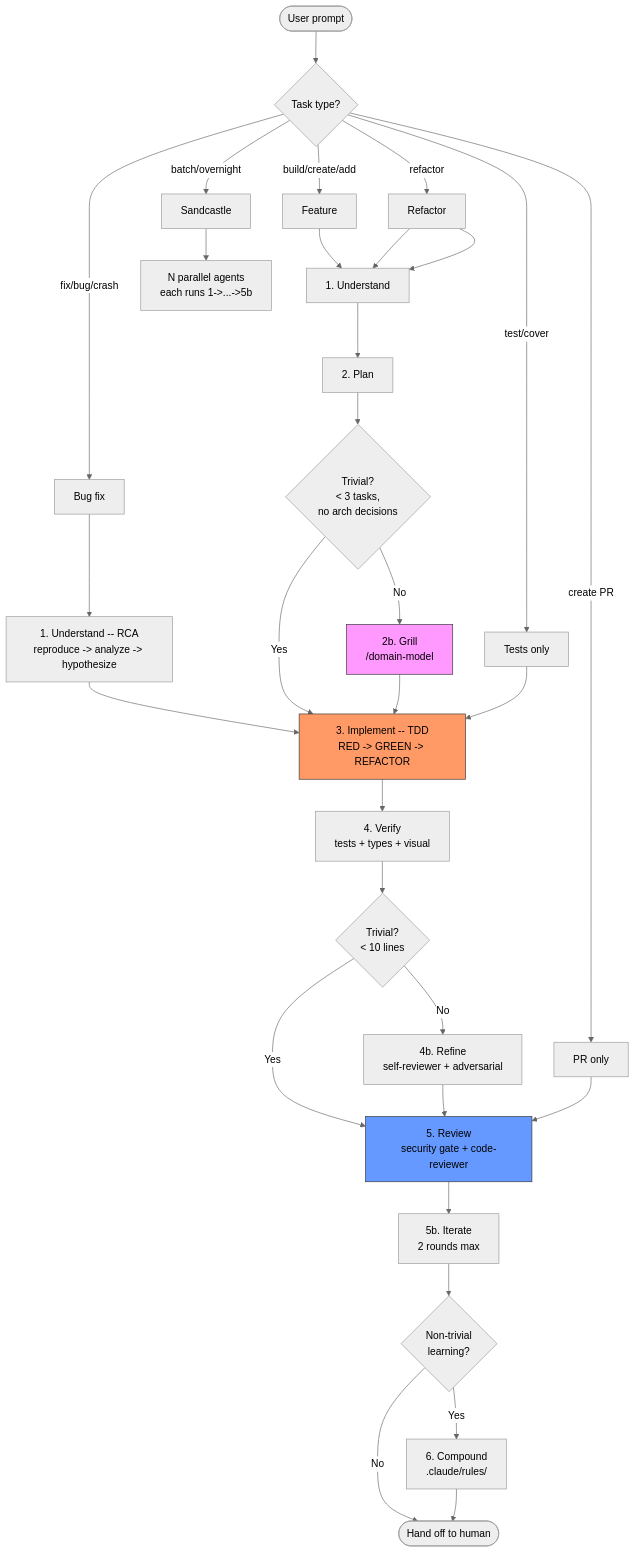
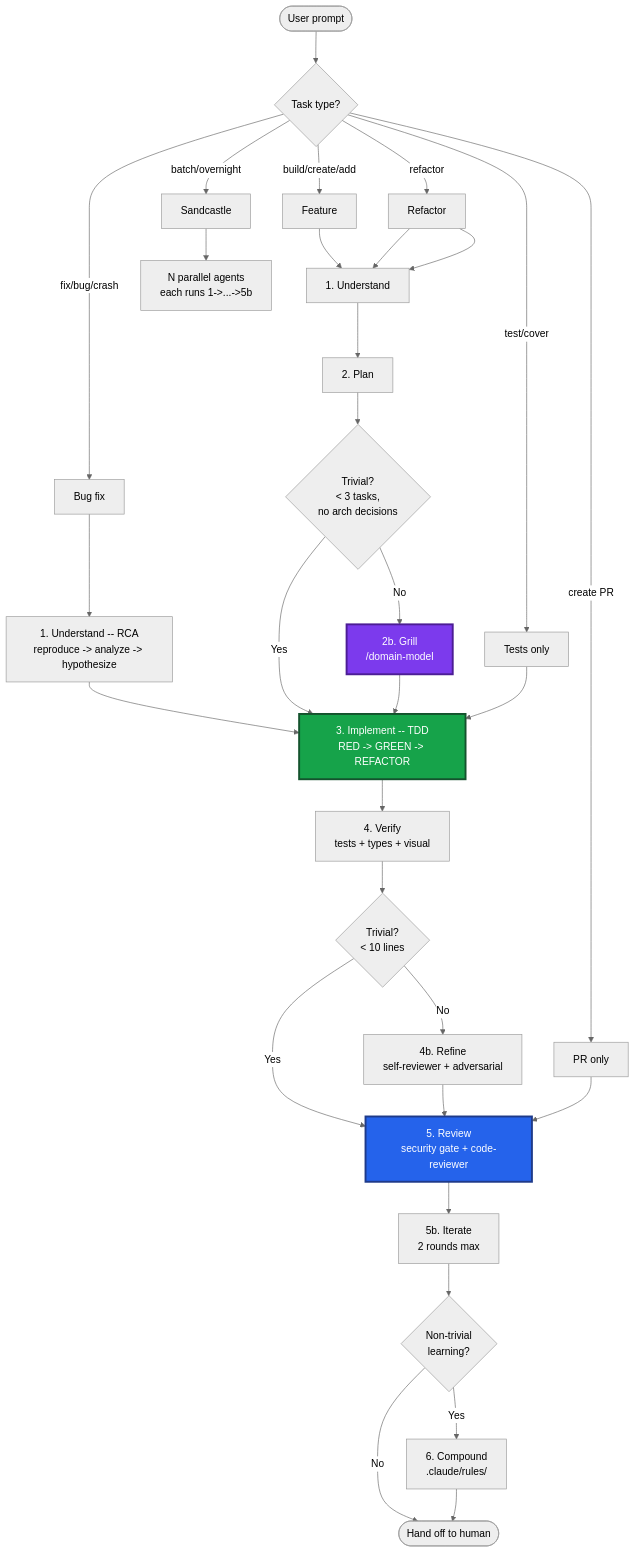
The first of 2 diagrams in development-lifecycle/REFERENCE.md (malinskibeniamin/skills), drawn with Mermaid (neutral theme) before and after one commit. The commit also changed 1 other file, not shown here.

Commit message:
docs(readme): pitch harness via comparison, arch diff, FAQ, proof
Helps new users grok why this harness differs from raw Claude Code,
CLAUDE.md rules, obra/superpowers, and prompt-pack systems.

README additions:
- Hero GIF + 60s explainer video embed
- Head-to-head comparison table (reliability, tokens, Codex,
  batch/cloud modes, enforcement layer)
- Architectural diff mermaid (where each approach intervenes)
- Real audit numbers (3,500+ PR comments, 60 hooks, 34 rules)
- 5-minute reproducible proof (hook demo)
- When NOT to use this (honest scoping)
- FAQ (8 collapsibles: CLAUDE.md, superpowers, biome, prompt-packs,
  Redpanda-specific, customize, Codex, overhead)
- Sequence diagrams: full lifecycle + PR feedback loop
- "Try it yourself" starter prompts

Mermaid visibility: Grill/Implement/Review nodes use saturated
fills (purple/green/blue) with bold stroke + white text. Readable
on both light and dark mermaid themes. Same palette in
development-lifecycle/REFERENCE.md flowchart.

````diff
--- a/development-lifecycle/REFERENCE.md
+++ b/development-lifecycle/REFERENCE.md
@@ -5,48 +5,48 @@
 ```mermaid
 flowchart TD
     Start([User prompt]) --> Detect{Task type?}
 
     Detect -->|"build/create/add"| Feature[Feature]
     Detect -->|"fix/bug/crash"| Bug[Bug fix]
     Detect -->|"refactor"| Refactor[Refactor]
     Detect -->|"test/cover"| TestOnly[Tests only]
     Detect -->|"create PR"| PROnly[PR only]
     Detect -->|"batch/overnight"| Sandbox[Sandcastle]
 
     Feature --> P1[1. Understand]
     Bug --> P1_RCA[1. Understand -- RCA<br/>reproduce -> analyze -> hypothesize]
     Refactor --> P1
 
     P1 --> P2[2. Plan]
     P1_RCA --> P3
 
     P2 --> Trivial{Trivial?<br/>< 3 tasks,<br/>no arch decisions}
     Trivial -->|No| Grill[2b. Grill<br/>/domain-model]
     Trivial -->|Yes| P3
     Grill --> P3
 
     TestOnly --> P3
     P3[3. Implement -- TDD<br/>RED -> GREEN -> REFACTOR]
 
     P3 --> P4[4. Verify<br/>tests + types + visual]
     P4 --> SmallDiff{Trivial?<br/>< 10 lines}
     SmallDiff -->|No| P4b[4b. Refine<br/>self-reviewer + adversarial]
     SmallDiff -->|Yes| P5
     P4b --> P5
 
     PROnly --> P5
     Refactor --> P1
 
     P5[5. Review<br/>security gate + code-reviewer]
     P5 --> P5b[5b. Iterate<br/>2 rounds max]
     P5b --> Learn{Non-trivial<br/>learning?}
     Learn -->|Yes| P6[6. Compound<br/>.claude/rules/]
     Learn -->|No| Done([Hand off to human])
     P6 --> Done
 
     Sandbox --> Parallel[N parallel agents<br/>each runs 1->...->5b]
 
-    style P3 fill:#f96,stroke:#333
-    style Grill fill:#f9f,stroke:#333
-    style P5 fill:#69f,stroke:#333
+    style P3 fill:#16a34a,stroke:#14532d,stroke-width:3px,color:#fff
+    style Grill fill:#7c3aed,stroke:#4c1d95,stroke-width:3px,color:#fff
+    style P5 fill:#2563eb,stroke:#1e3a8a,stroke-width:3px,color:#fff
 ```
````
